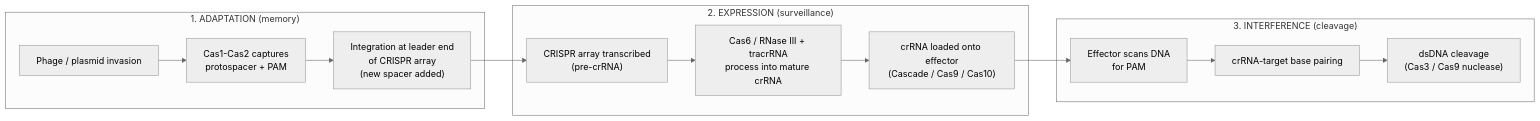
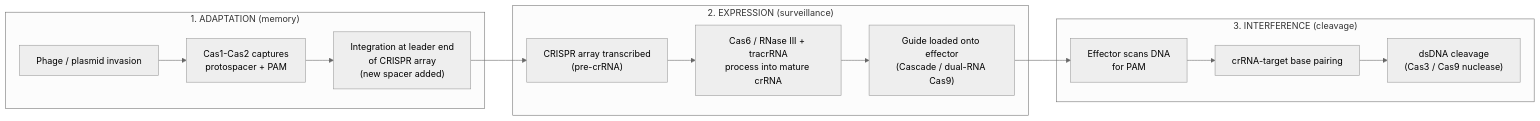
One commit to docxology/biology_textbook changed the eighth of 9 diagrams in docs/manuscript/unit_VII/bacteria_archaea_viruses.md. Above: the diagram before and after it, drawn with Mermaid (neutral theme). The commit also changed other lines of this file and 3 other files, not shown here.

````diff
--- a/docs/manuscript/unit_VII/bacteria_archaea_viruses.md
+++ b/docs/manuscript/unit_VII/bacteria_archaea_viruses.md
@@ -837,17 +839,17 @@
 ```mermaid
 flowchart LR
     subgraph "1. ADAPTATION (memory)"
         A1["Phage / plasmid invasion"] --> A2["Cas1-Cas2 captures\nprotospacer + PAM"]
         A2 --> A3["Integration at leader end\nof CRISPR array\n(new spacer added)"]
     end
     subgraph "2. EXPRESSION (surveillance)"
         E1["CRISPR array transcribed\n(pre-crRNA)"] --> E2["Cas6 / RNase III + tracrRNA\nprocess into mature crRNA"]
-        E2 --> E3["crRNA loaded onto effector\n(Cascade / Cas9 / Cas10)"]
+        E2 --> E3["Guide loaded onto effector\n(Cascade / dual-RNA Cas9)"]
     end
     subgraph "3. INTERFERENCE (cleavage)"
         I1["Effector scans DNA\nfor PAM"] --> I2["crRNA-target base pairing"]
         I2 --> I3["dsDNA cleavage\n(Cas3 / Cas9 nuclease)"]
     end
     A3 --> E1
     E3 --> I1
 ```
````
